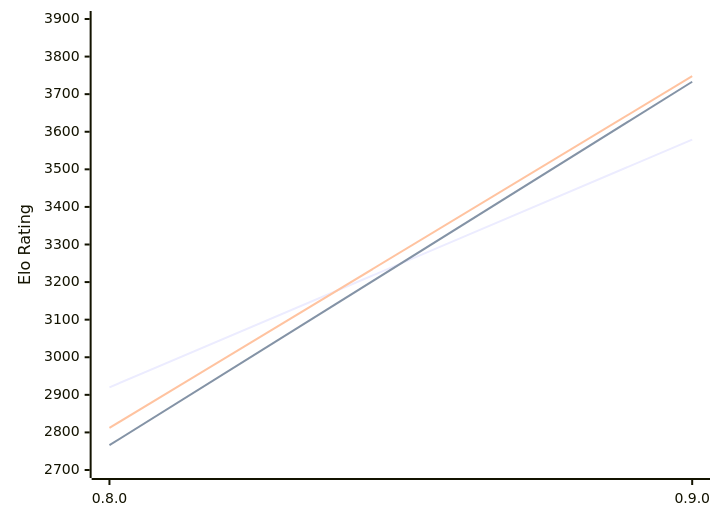
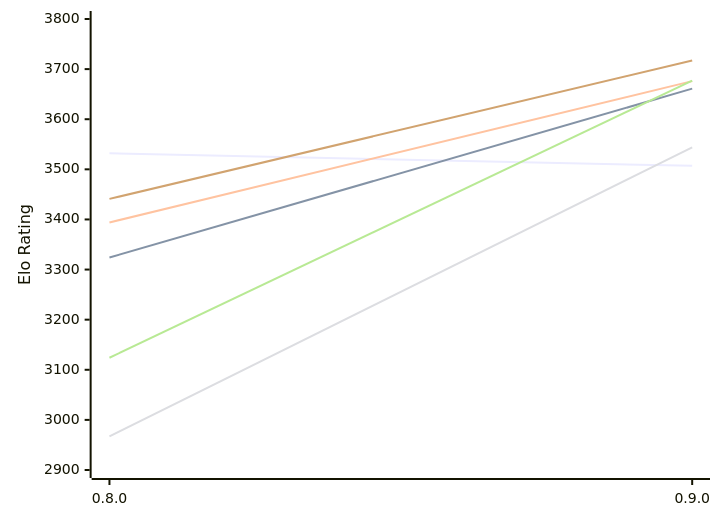
Before and after one commit to computer-chess-index/cci: the first of 2 diagrams in engines/Reckless.md, drawn with Mermaid. The commit also changed other lines of this file, not shown here.

Commit message:
Update CCI Ratings (ELO VLTC) - 2026-11-13

````diff
--- a/engines/Reckless.md
+++ b/engines/Reckless.md
@@ -49,12 +50,12 @@
 ```mermaid
 %%{init: {"theme":"base","themeVariables":{"seriesColors:['#a3a3a3','#222221','#faa371']}}}%%
 xychart-beta
   x-axis ["0.8.0", "0.9.0"]
-  y-axis "Elo Rating" 2700 --> 3900
-  line "E1: STC (8.0+0.08s)" [2920, 3579]
-  line "E1: LTC (60.0+0.60s)" [2766, 3733]
-  line "E1: VLTC (2m24s+1.12s)" [2812, 3748]
-  line "P1: STC (8.0+0.08s)" [3711]
-  line "P1: LTC (60.0+0.60s)" [3845]
-  line "P1: VLTC (2m24s+1.12s)" [3883]
+  y-axis "Elo Rating" 2900 --> 3800
+  line "E1: STC (8.0+0.08s)" [3532, 3507]
+  line "E1: LTC (60.0+0.60s)" [3324, 3661]
+  line "E1: VLTC (2m24s+1.12s)" [3394, 3676]
+  line "P1: STC (8.0+0.08s)" [2967, 3544]
+  line "P1: LTC (60.0+0.60s)" [3124, 3677]
+  line "P1: VLTC (2m24s+1.12s)" [3441, 3717]
 ```
````
